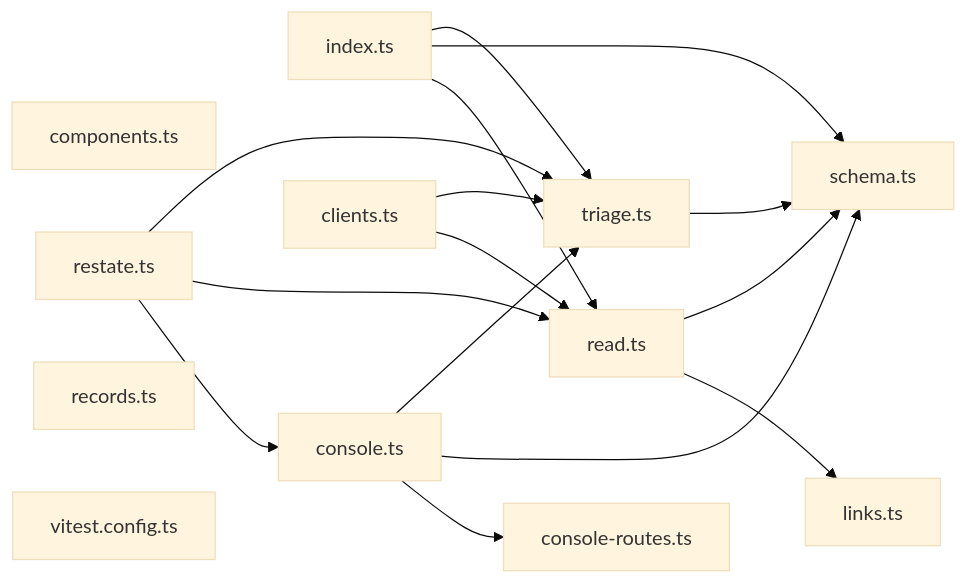
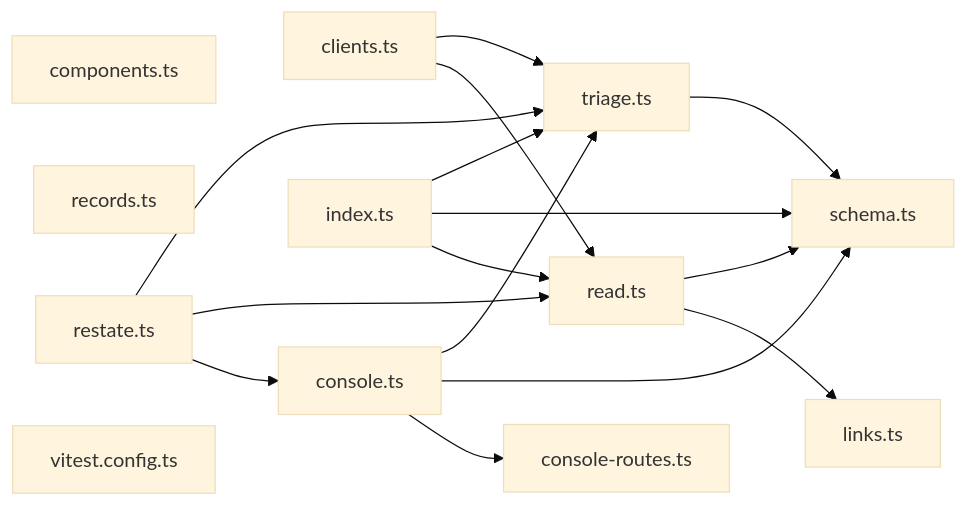
Before and after one commit to wrenautomation/wren: the diagram in map/generated/imports/@wren+watch.md, drawn with Mermaid (base theme). The commit also changed other lines of this file and 96 other files, not shown here.

````diff
--- a/map/generated/imports/@wren+watch.md
+++ b/map/generated/imports/@wren+watch.md
@@ -16,29 +16,29 @@
 ```mermaid
 flowchart LR
+  nclients_ts["clients.ts"]
   ncomponents_ts["components.ts"]
+  nconsole_routes_ts["console-routes.ts"]
+  nconsole_ts["console.ts"]
   nindex_ts["index.ts"]
+  nlinks_ts["links.ts"]
   nread_ts["read.ts"]
-  nlinks_ts["links.ts"]
+  nrecords_ts["records.ts"]
+  nrestate_ts["restate.ts"]
   nschema_ts["schema.ts"]
   ntriage_ts["triage.ts"]
-  nrestate_ts["restate.ts"]
-  nconsole_ts["console.ts"]
-  nconsole_routes_ts["console-routes.ts"]
-  nrecords_ts["records.ts"]
-  nclients_ts["clients.ts"]
   nvitest_config_ts["vitest.config.ts"]
+  nclients_ts --> nread_ts
+  nclients_ts --> ntriage_ts
+  nconsole_ts --> nconsole_routes_ts
+  nconsole_ts --> nschema_ts
+  nconsole_ts --> ntriage_ts
   nindex_ts --> nread_ts
   nindex_ts --> nschema_ts
   nindex_ts --> ntriage_ts
   nread_ts --> nlinks_ts
   nread_ts --> nschema_ts
-  ntriage_ts --> nschema_ts
   nrestate_ts --> nconsole_ts
   nrestate_ts --> nread_ts
   nrestate_ts --> ntriage_ts
-  nconsole_ts --> nconsole_routes_ts
-  nconsole_ts --> nschema_ts
-  nconsole_ts --> ntriage_ts
-  nclients_ts --> nread_ts
-  nclients_ts --> ntriage_ts
+  ntriage_ts --> nschema_ts
 ```
````
